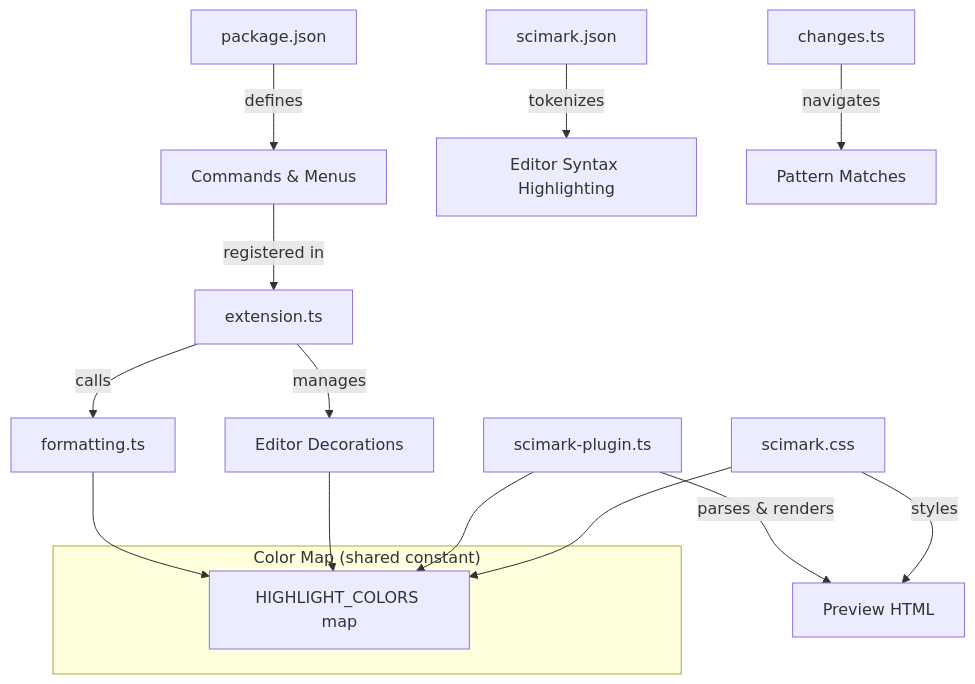
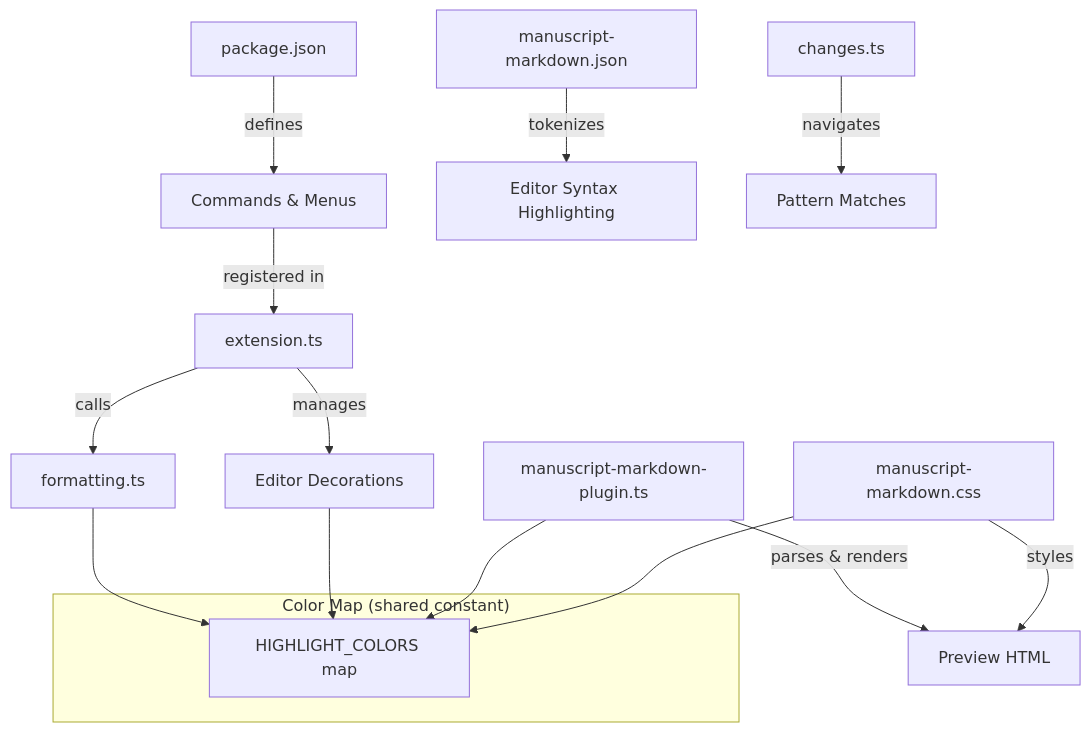
One commit to jbearak/scimark changed the diagram in .kiro/specs/highlight-colors/design.md. Above: the diagram before and after it, drawn with Mermaid. The commit also changed other lines of this file and 85 other files, not shown here.

First line of the commit message:
rename: revert "Scientific Markdown (scimark)" back to "Manuscript Markdown"

````diff
--- a/.kiro/specs/highlight-colors/design.md
+++ b/.kiro/specs/highlight-colors/design.md
@@ -22,20 +22,20 @@
 ```mermaid
 graph TD
     A[package.json] -->|defines| B[Commands & Menus]
     B -->|registered in| C[extension.ts]
     C -->|calls| D[formatting.ts]
     C -->|manages| E[Editor Decorations]
-    F[scimark-plugin.ts] -->|parses & renders| G[Preview HTML]
-    H[scimark.css] -->|styles| G
-    I[scimark.json] -->|tokenizes| J[Editor Syntax Highlighting]
+    F[manuscript-markdown-plugin.ts] -->|parses & renders| G[Preview HTML]
+    H[manuscript-markdown.css] -->|styles| G
+    I[manuscript-markdown.json] -->|tokenizes| J[Editor Syntax Highlighting]
     K[changes.ts] -->|navigates| L[Pattern Matches]
     
     subgraph "Color Map (shared constant)"
         M[HIGHLIGHT_COLORS map]
     end
     
     D --> M
     E --> M
     F --> M
     H --> M
 ```
````
